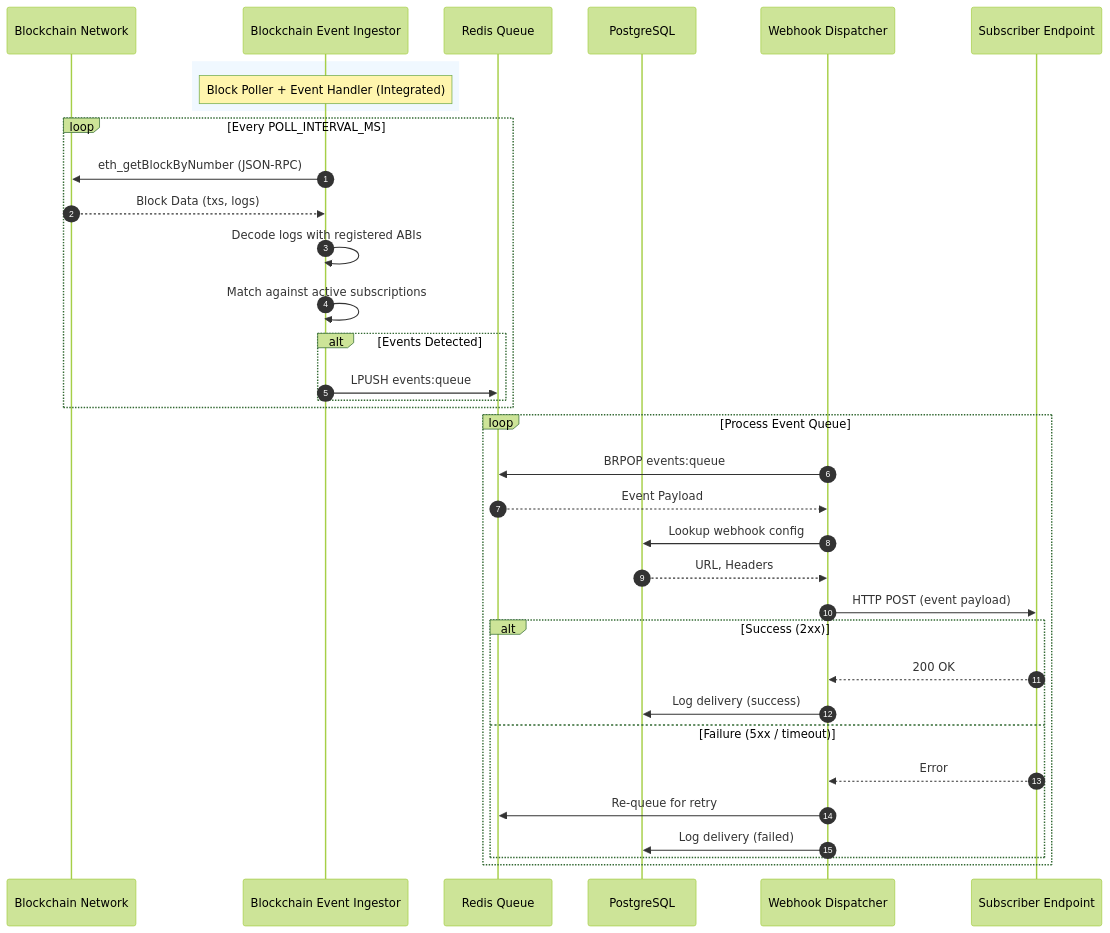
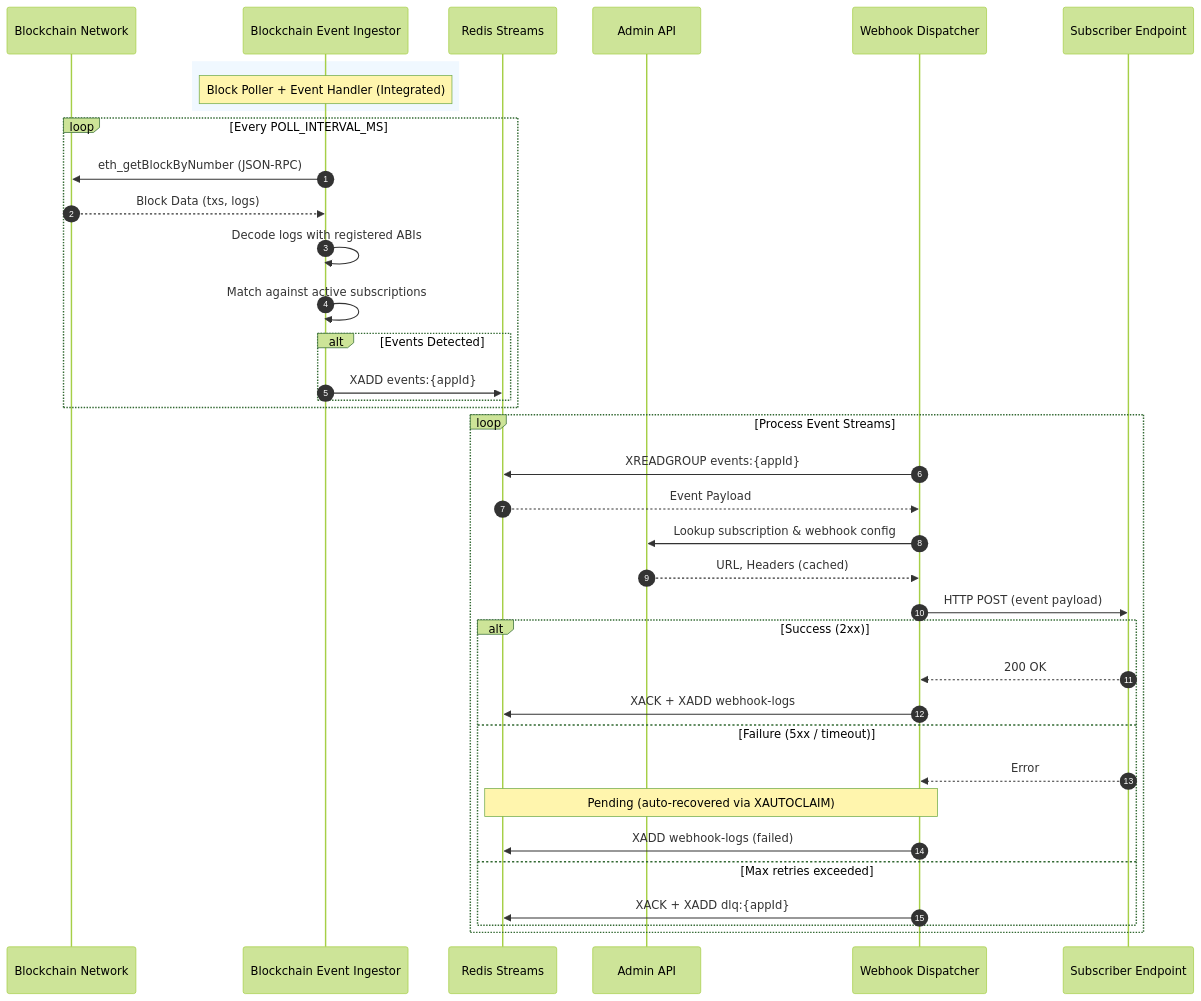
The second of 3 diagrams in README.md (ymseok/chain-event-platform), drawn with Mermaid (forest theme) before and after one commit. The commit also changed other lines of this file, not shown here.

First line of the commit message:
docs(readme): update for Redis Streams, security hardening, and contract verification

````diff
--- a/README.md
+++ b/README.md
@@ -85,47 +91,49 @@
 ```mermaid
 sequenceDiagram
     autonumber
     participant BC as Blockchain Network
     participant BEI as Blockchain Event Ingestor
-    participant REDIS as Redis Queue
-    participant PG as PostgreSQL
+    participant REDIS as Redis Streams
+    participant API as Admin API
     participant WD as Webhook Dispatcher
     participant SUB as Subscriber Endpoint
 
     rect rgb(240, 248, 255)
         Note over BEI: Block Poller + Event Handler (Integrated)
     end
 
     %% Block Ingestion & Event Detection (inside BEI)
     loop Every POLL_INTERVAL_MS
         BEI->>BC: eth_getBlockByNumber (JSON-RPC)
         BC-->>BEI: Block Data (txs, logs)
 
         BEI->>BEI: Decode logs with registered ABIs
         BEI->>BEI: Match against active subscriptions
 
         alt Events Detected
-            BEI->>REDIS: LPUSH events:queue
+            BEI->>REDIS: XADD events:{appId}
         end
     end
 
     %% Webhook Dispatch
-    loop Process Event Queue
-        WD->>REDIS: BRPOP events:queue
+    loop Process Event Streams
+        WD->>REDIS: XREADGROUP events:{appId}
         REDIS-->>WD: Event Payload
 
-        WD->>PG: Lookup webhook config
-        PG-->>WD: URL, Headers
+        WD->>API: Lookup subscription & webhook config
+        API-->>WD: URL, Headers (cached)
 
         WD->>SUB: HTTP POST (event payload)
 
         alt Success (2xx)
             SUB-->>WD: 200 OK
-            WD->>PG: Log delivery (success)
+            WD->>REDIS: XACK + XADD webhook-logs
         else Failure (5xx / timeout)
             SUB-->>WD: Error
-            WD->>REDIS: Re-queue for retry
-            WD->>PG: Log delivery (failed)
+            Note over WD,REDIS: Pending (auto-recovered via XAUTOCLAIM)
+            WD->>REDIS: XADD webhook-logs (failed)
+        else Max retries exceeded
+            WD->>REDIS: XACK + XADD dlq:{appId}
         end
     end
 ```
````
